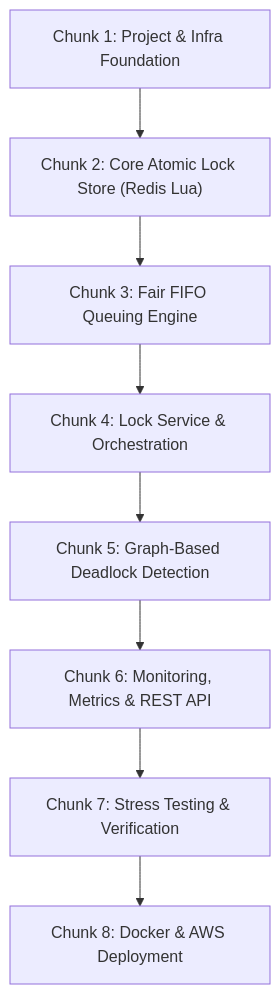
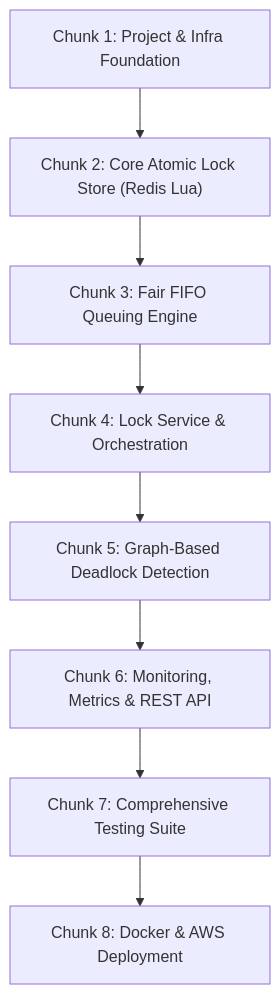
The diagram in ROADMAP.md (ankush788/DistributedLock), drawn with Mermaid before and after one commit. The commit also changed other lines of this file and 10 other files, not shown here.

````diff
--- a/ROADMAP.md
+++ b/ROADMAP.md
@@ -11,10 +11,10 @@
 ```mermaid
 flowchart TD
     C1["Chunk 1: Project & Infra Foundation"] --> C2["Chunk 2: Core Atomic Lock Store (Redis Lua)"]
     C2 --> C3["Chunk 3: Fair FIFO Queuing Engine"]
     C3 --> C4["Chunk 4: Lock Service & Orchestration"]
     C4 --> C5["Chunk 5: Graph-Based Deadlock Detection"]
     C5 --> C6["Chunk 6: Monitoring, Metrics & REST API"]
-    C6 --> C7["Chunk 7: Stress Testing & Verification"]
+    C6 --> C7["Chunk 7: Comprehensive Testing Suite"]
     C7 --> C8["Chunk 8: Docker & AWS Deployment"]
 ```
````
